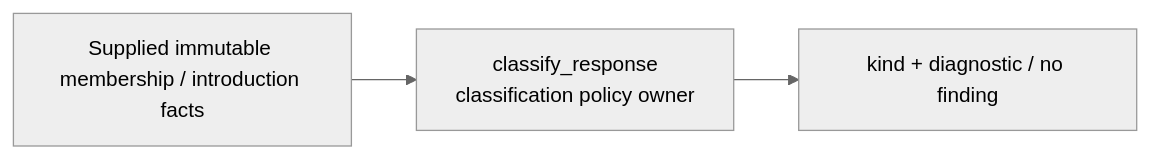
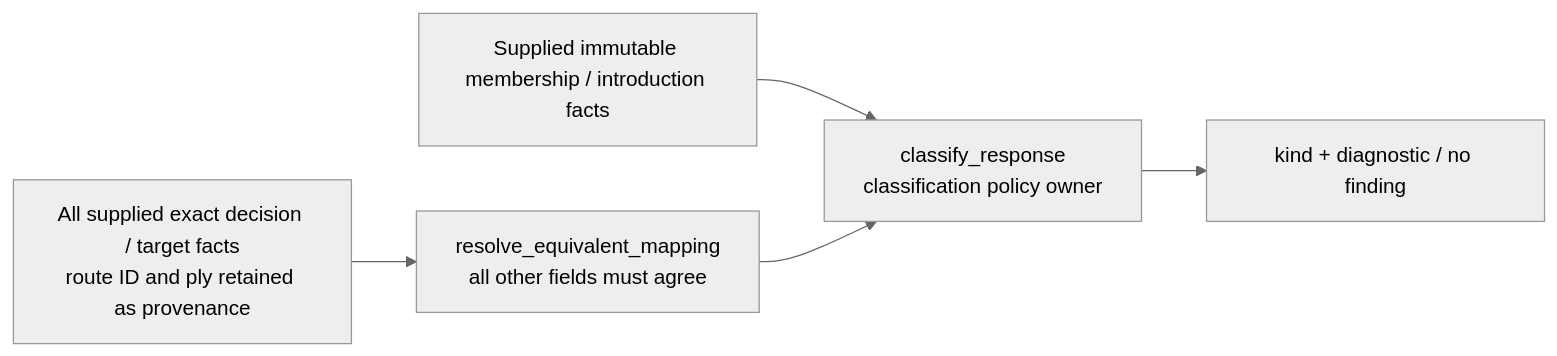
The first of 2 diagrams in packages/game-classification/README.md (aaweaver-actuary/tempo), drawn with Mermaid (neutral theme) before and after one commit. The commit also changed other lines of this file and 5 other files, not shown here.

Commit message:
fix(games): resolve equivalent route provenance as one decision

````diff
--- a/packages/game-classification/README.md
+++ b/packages/game-classification/README.md
@@ -12,5 +12,7 @@
 ```mermaid
 flowchart LR
   Facts["Supplied immutable membership / introduction facts"] --> Policy["classify_response\nclassification policy owner"]
+  Mappings["All supplied exact decision / target facts\nroute ID and ply retained as provenance"] --> Equivalence["resolve_equivalent_mapping\nall other fields must agree"]
+  Equivalence --> Policy
   Policy --> Result["kind + diagnostic / no finding"]
 ```
````
